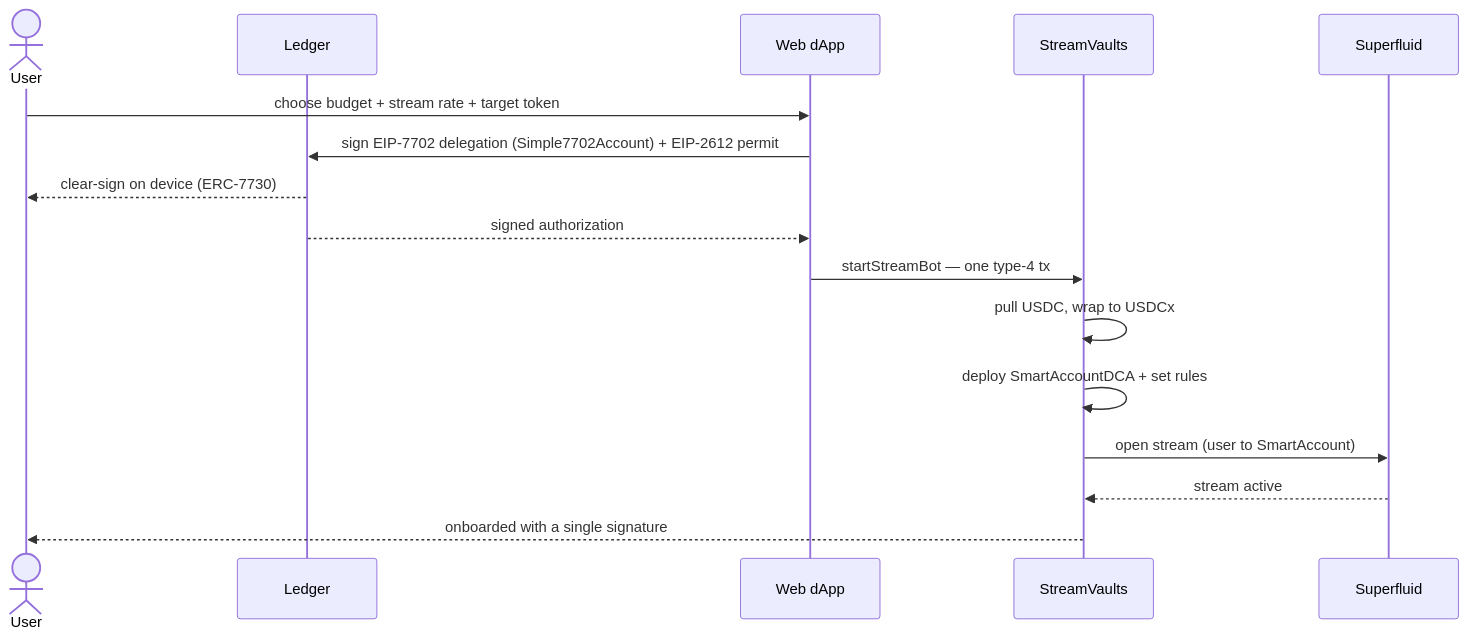
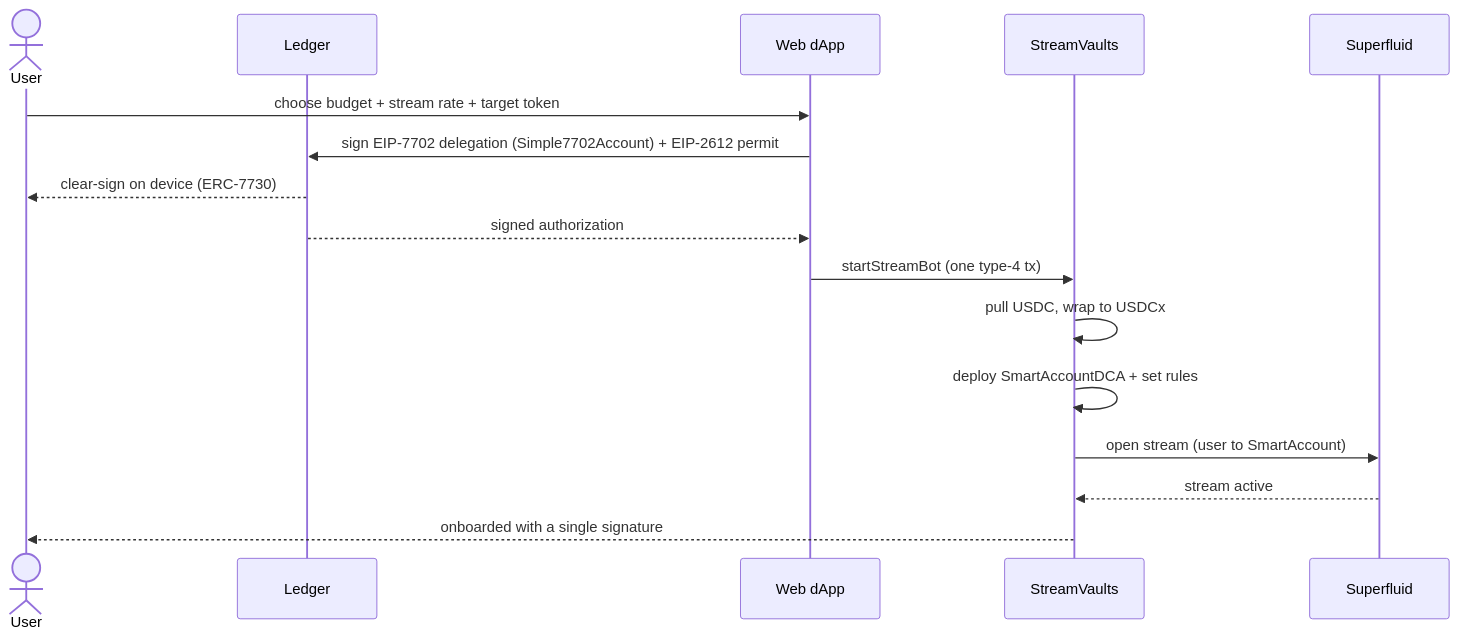
Before and after one commit to JulioMCruz/Streams: the second of 4 diagrams in README.md, drawn with Mermaid. The commit also changed other lines of this file, not shown here.

````diff
--- a/README.md
+++ b/README.md
@@ -45,19 +45,19 @@
 ```mermaid
 sequenceDiagram
     actor U as User
     participant L as Ledger
     participant W as Web dApp
     participant SV as StreamVaults
     participant SF as Superfluid
 
     U->>W: choose budget + stream rate + target token
     W->>L: sign EIP-7702 delegation (Simple7702Account) + EIP-2612 permit
     L-->>U: clear-sign on device (ERC-7730)
     L-->>W: signed authorization
-    W->>SV: startStreamBot — one type-4 tx
+    W->>SV: startStreamBot (one type-4 tx)
     SV->>SV: pull USDC, wrap to USDCx
     SV->>SV: deploy SmartAccountDCA + set rules
     SV->>SF: open stream (user to SmartAccount)
     SF-->>SV: stream active
     SV-->>U: onboarded with a single signature
 ```
````
